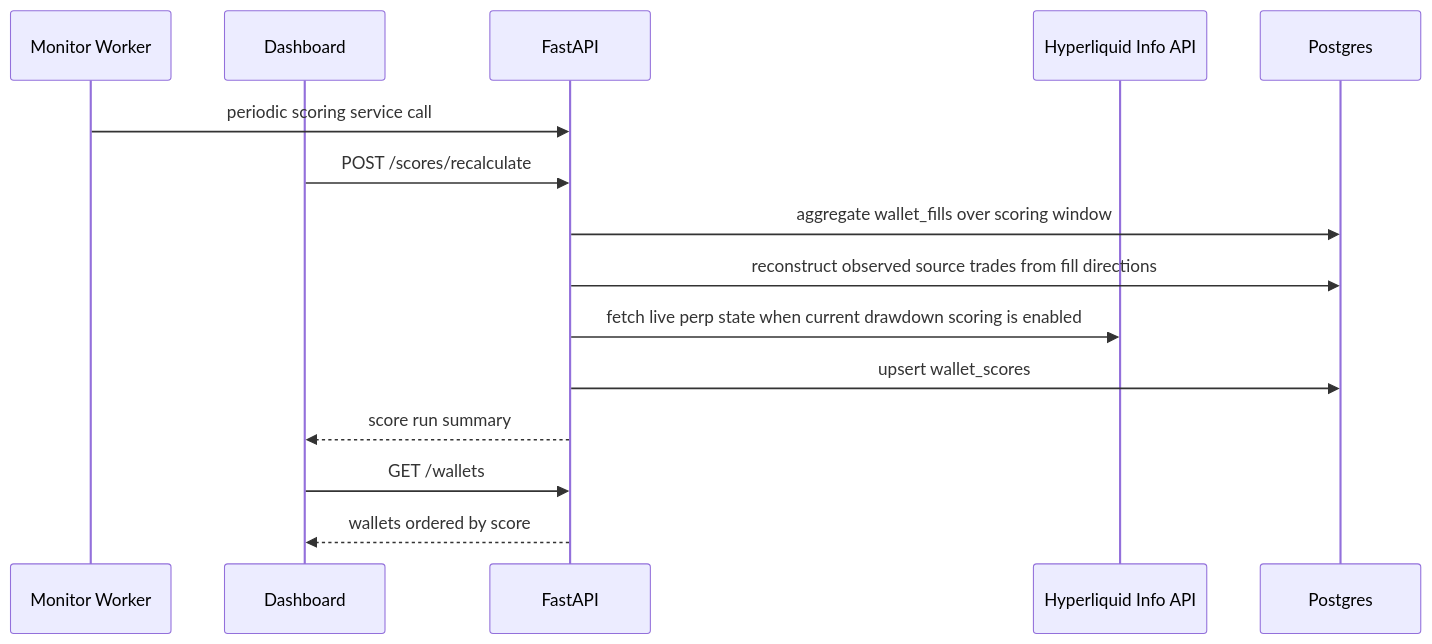
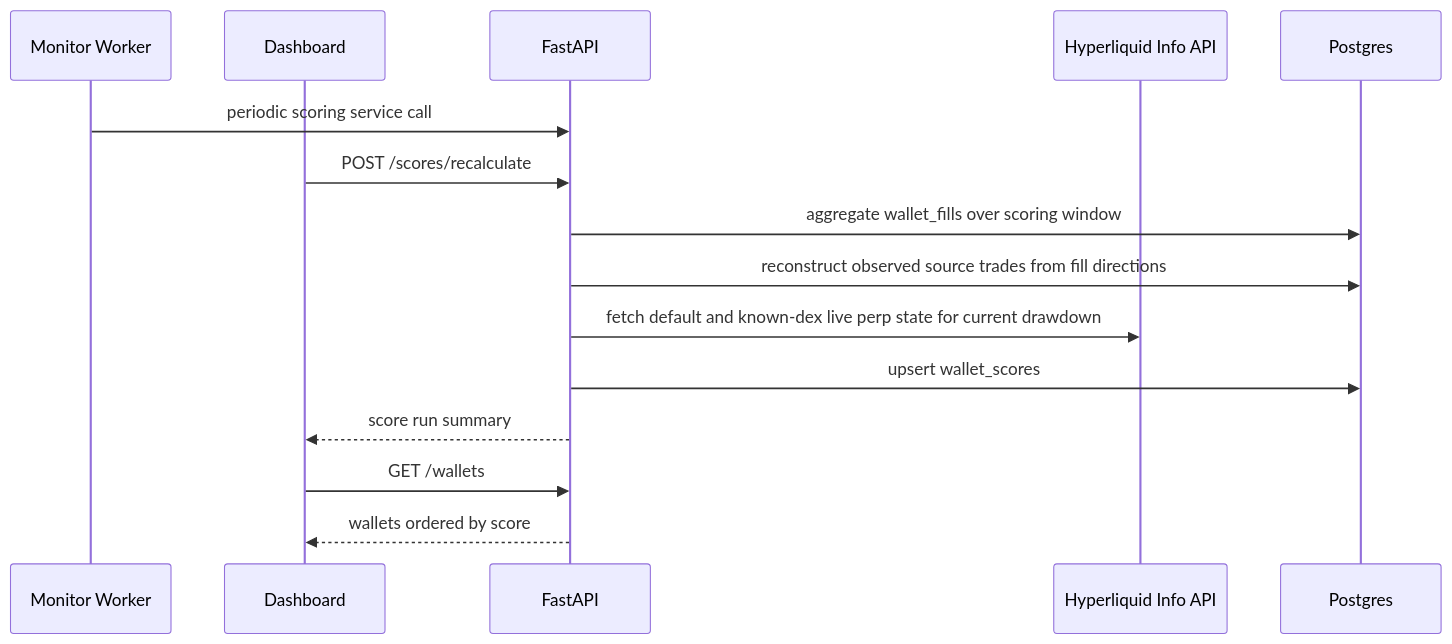
Before and after one commit to DrottPoker/copytrading-agent: the fifth of 9 diagrams in docs/architecture.md, drawn with Mermaid. The commit also changed other lines of this file and 2 other files, not shown here.

````diff
--- a/docs/architecture.md
+++ b/docs/architecture.md
@@ -281,18 +281,18 @@
 ```mermaid
 sequenceDiagram
   participant Worker as Monitor Worker
   participant UI as Dashboard
   participant API as FastAPI
   participant HL as Hyperliquid Info API
   participant DB as Postgres
 
   Worker->>API: periodic scoring service call
   UI->>API: POST /scores/recalculate
   API->>DB: aggregate wallet_fills over scoring window
   API->>DB: reconstruct observed source trades from fill directions
-  API->>HL: fetch live perp state when current drawdown scoring is enabled
+  API->>HL: fetch default and known-dex live perp state for current drawdown
   API->>DB: upsert wallet_scores
   API-->>UI: score run summary
   UI->>API: GET /wallets
   API-->>UI: wallets ordered by score
 ```
````
